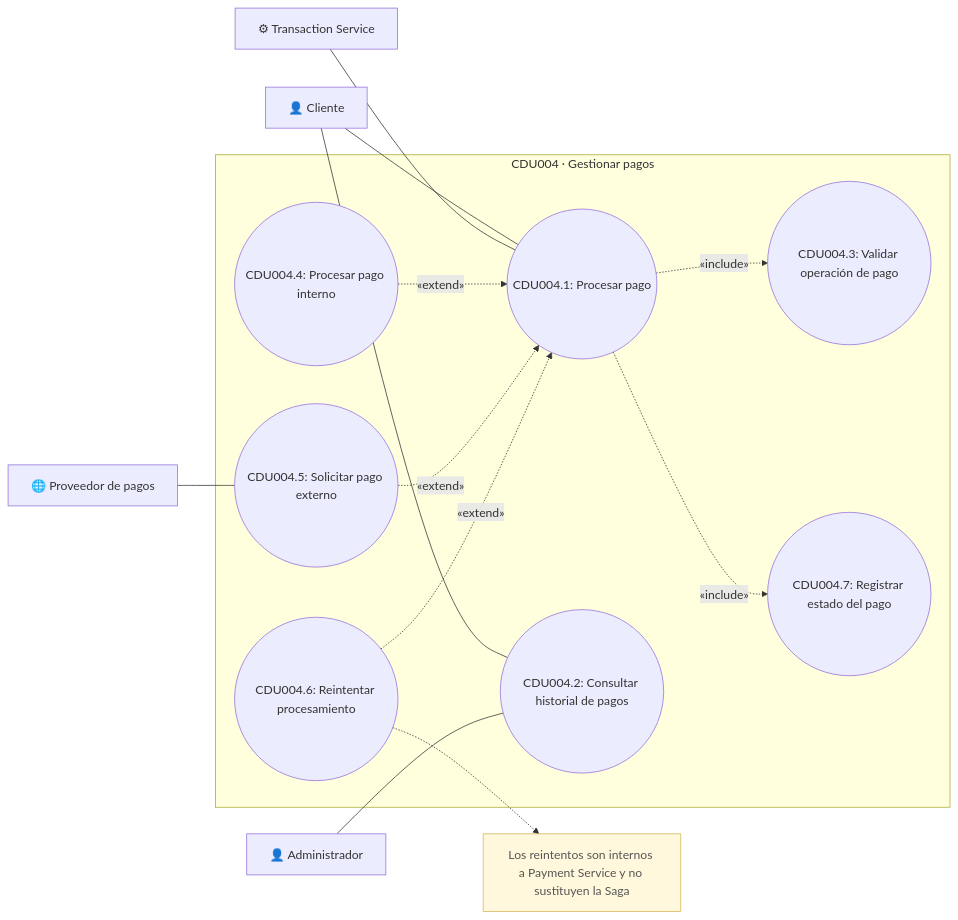
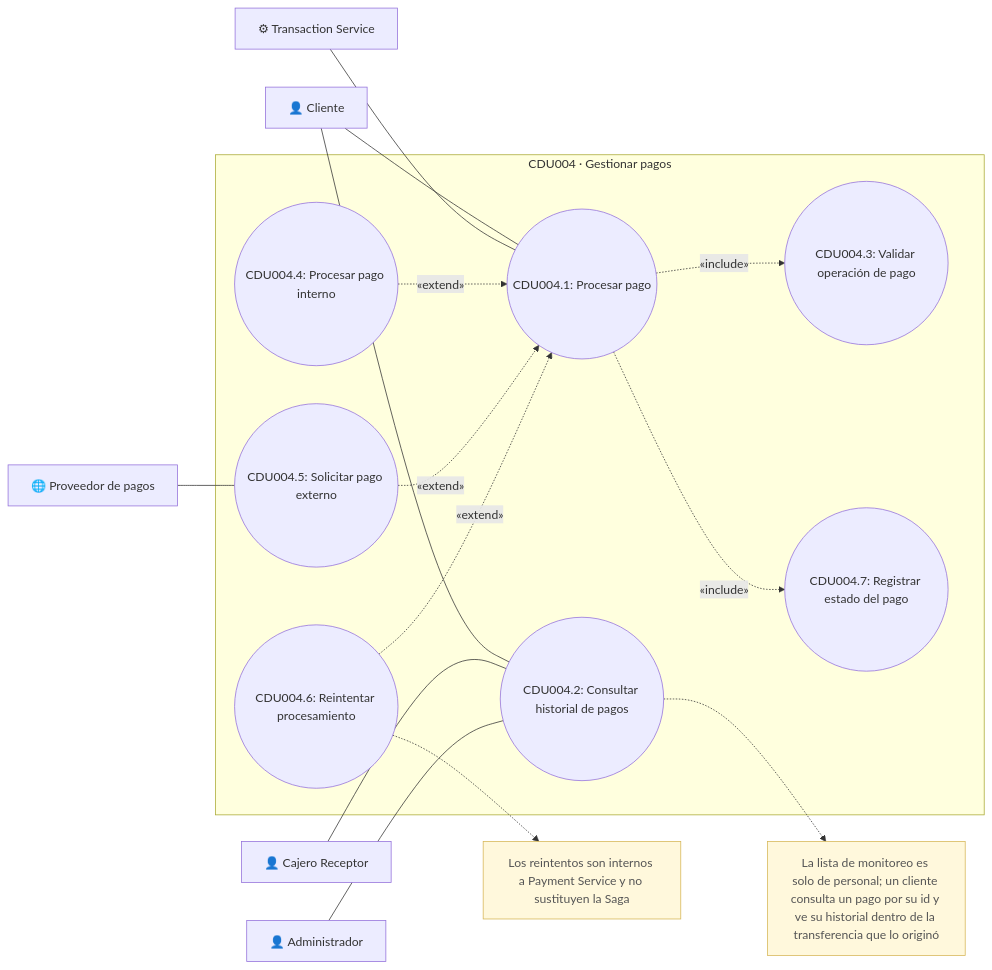
One commit to marcosbondel/Proyecto-SA-B-2 changed the diagram in docs/architecture/diagrams/cdu/payment/payment-casos-de-uso.mmd. Above: the diagram before and after it, drawn with Mermaid. The commit also changed 66 other files, not shown here.

```diff
--- a/docs/architecture/diagrams/cdu/payment/payment-casos-de-uso.mmd
+++ b/docs/architecture/diagrams/cdu/payment/payment-casos-de-uso.mmd
@@ -1,32 +1,37 @@
 flowchart LR
     client["👤 Cliente"]
+    teller["👤 Cajero Receptor"]
     admin["👤 Administrador"]
     transactionService["⚙ Transaction Service"]
     provider["🌐 Proveedor de pagos"]
 
     subgraph payment["CDU004 · Gestionar pagos"]
         process(("CDU004.1: Procesar pago"))
         history(("CDU004.2: Consultar historial de pagos"))
         validate(("CDU004.3: Validar operación de pago"))
         internal(("CDU004.4: Procesar pago interno"))
         external(("CDU004.5: Solicitar pago externo"))
         retry(("CDU004.6: Reintentar procesamiento"))
         record(("CDU004.7: Registrar estado del pago"))
     end
 
     client --- process
     client --- history
+    teller --- history
     admin --- history
     transactionService --- process
     provider --- external
 
     process -. "«include»" .-> validate
     process -. "«include»" .-> record
     internal -. "«extend»" .-> process
     external -. "«extend»" .-> process
     retry -. "«extend»" .-> process
 
     note["Los reintentos son internos a Payment Service y no sustituyen la Saga"]:::note
     retry -.-> note
 
+    historyNote["La lista de monitoreo es solo de personal; un cliente consulta un pago por su id y ve su historial dentro de la transferencia que lo originó"]:::note
+    history -.-> historyNote
+
     classDef note fill:#FFF8DC,stroke:#D6B656,color:#555555;
```
